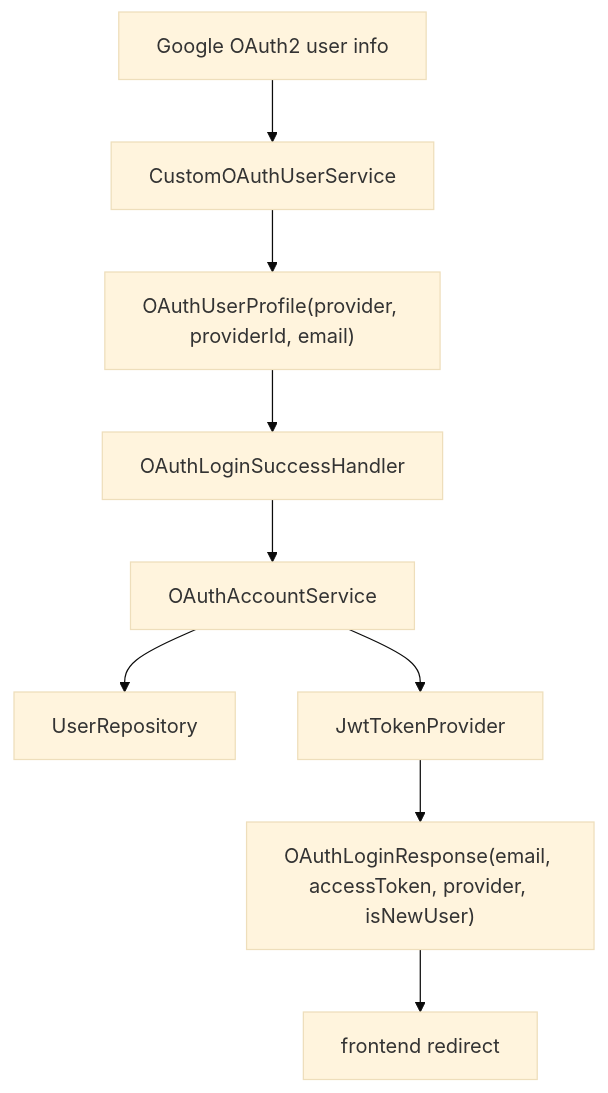
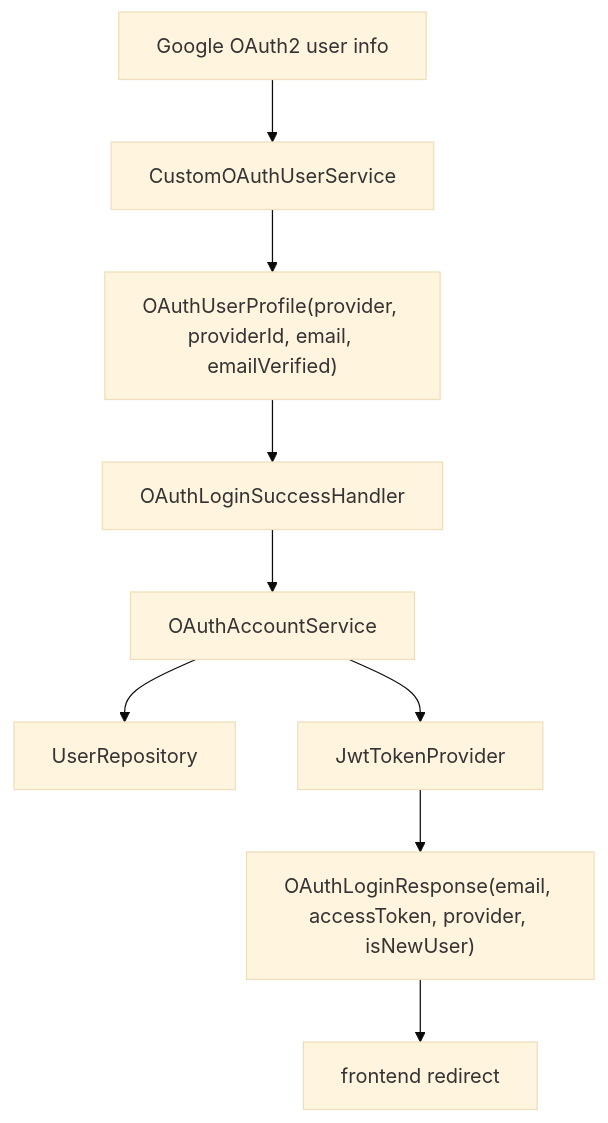
The third of 4 diagrams in docs/theory.md (stdiodh/spring-boot-db-access-lab), drawn with Mermaid (base theme) before and after one commit. The commit also changed other lines of this file and 5 other files, not shown here.

Commit message:
docs(seq-05): consolidate sequence guides

````diff
--- a/docs/theory.md
+++ b/docs/theory.md
@@ -107,11 +113,11 @@
 ```mermaid
 flowchart TD
     A["Google OAuth2 user info"] --> B["CustomOAuthUserService"]
-    B --> C["OAuthUserProfile(provider, providerId, email)"]
+    B --> C["OAuthUserProfile(provider, providerId, email, emailVerified)"]
     C --> D["OAuthLoginSuccessHandler"]
     D --> E["OAuthAccountService"]
     E --> F["UserRepository"]
     E --> G["JwtTokenProvider"]
     G --> H["OAuthLoginResponse(email, accessToken, provider, isNewUser)"]
     H --> I["frontend redirect"]
 ```
````
